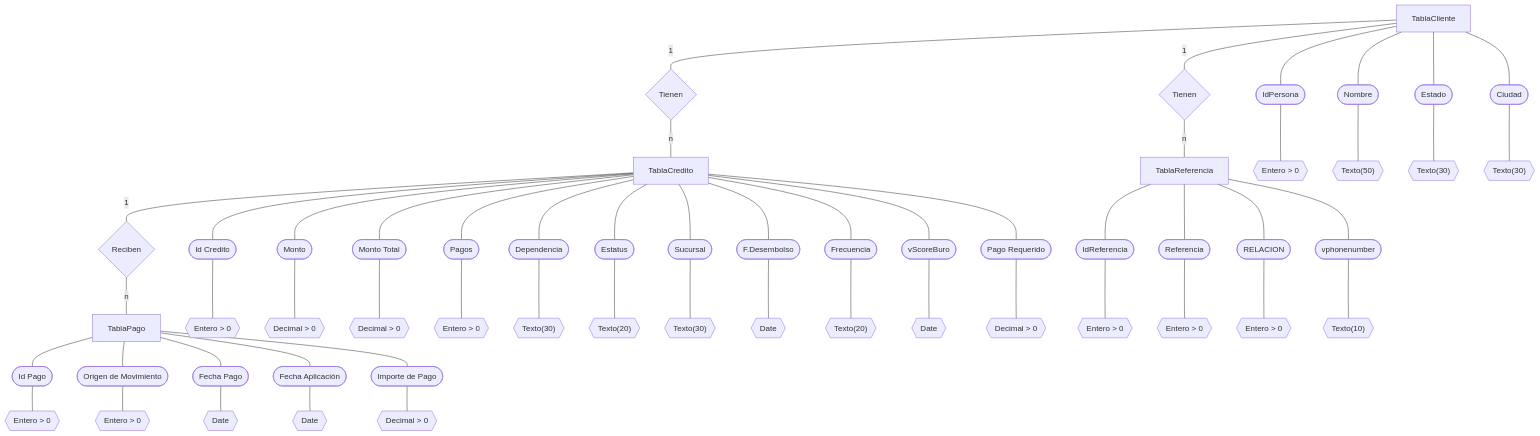
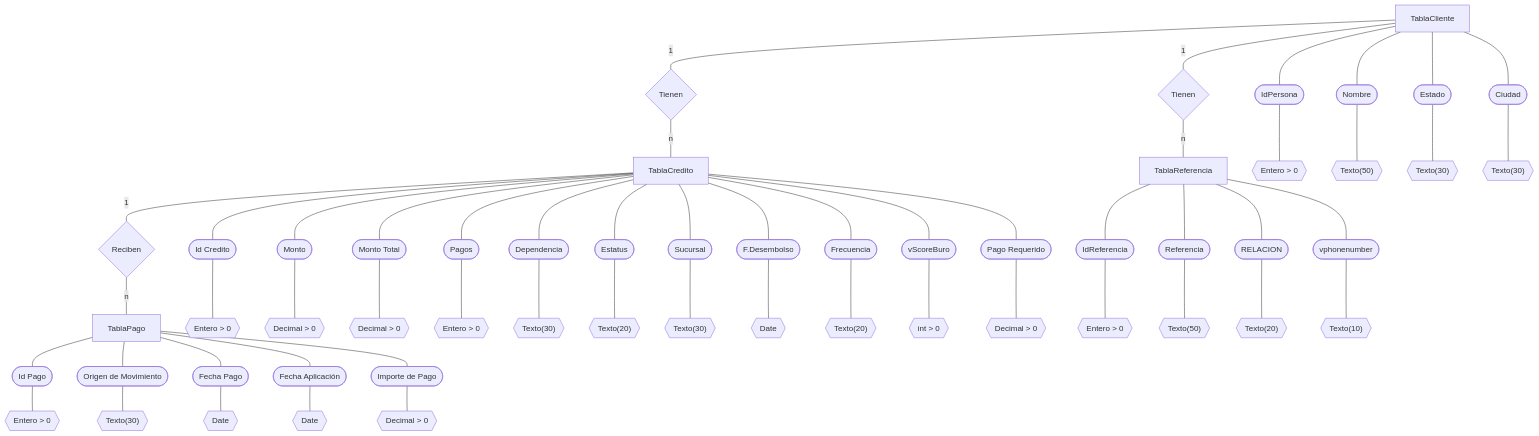
Before and after one commit to 4LB3RTH8212/BDR: the diagram in Segunda_Base/Tarea2SegundaBase/Tarea2.md, drawn with Mermaid. The commit also changed 2 other files, not shown here.

Commit message:
Se corrigen Tipos de variables y se carga ]Tarea 3

````diff
--- a/Segunda_Base/Tarea2SegundaBase/Tarea2.md
+++ b/Segunda_Base/Tarea2SegundaBase/Tarea2.md
@@ -5,64 +5,64 @@
 ```mermaid
 flowchart TD
     1[TablaCliente]
     1 --- A([IdPersona])
     A --- a{{Entero > 0}}
     1 --- B([Nombre])
     B --- b{{"Texto(50)"}}
     1 --- C([Estado])
     C --- c{{"Texto(30)"}}
     1 --- D([Ciudad])
     D --- d{{"Texto(30)"}}
 
 1---|1|11{Tienen}
 11 ---|n|2
 2[TablaCredito]
 2 ---E([Id Credito])
 E --- e{{Entero > 0}}
 2 ---F([Monto])
 F --- f{{Decimal > 0}}
 2 ---G([Monto Total])
 G --- g{{Decimal > 0}}
 2 ---H([Pagos])
 H --- h{{Entero > 0}}
 2 ---I([Dependencia])
 I --- i{{"Texto(30)"}}
 2 ---J([Estatus])
 J --- j{{"Texto(20)"}}
 2 ---K([Sucursal])
 K --- k{{"Texto(30)"}}
 2 ---L([F.Desembolso])
 L --- l{{Date}}
 2 ---M([Frecuencia])
 M --- m{{"Texto(20)"}}
 2 ---N([vScoreBuro])
-N --- n{{Date}}
+N --- n{{int > 0}}
 2 ---Ñ([Pago Requerido])
 Ñ --- ñ{{Decimal > 0}}
 
 2---|1|22{Reciben}
 22 ---|n|3
 3[TablaPago]
 3 ---P([Id Pago])
 P --- p{{Entero > 0}}
 3 ---Q([Origen de Movimiento])
-Q --- q{{Entero > 0}}
+Q --- q{{"Texto(30)"}}
 3 ---R([Fecha Pago])
 R --- r{{Date}}
 3 ---S([Fecha Aplicación])
 S --- s{{Date}}
 3 ---T([Importe de Pago])
 T --- t{{Decimal > 0}}
 
 1---|1|33{Tienen}
 33 ---|n|4
 4[TablaReferencia]
 4 ---U([IdReferencia])
 U --- u{{Entero > 0}}
 4 ---V([Referencia])
-V --- v{{Entero > 0}}
+V --- v{{"Texto(50)"}}
 4 ---W([RELACION])
-W --- w{{Entero > 0}}
+W --- w{{"Texto(20)"}}
 4 ---X([vphonenumber])
 X --- x{{"Texto(10)"}}
 ```
````
